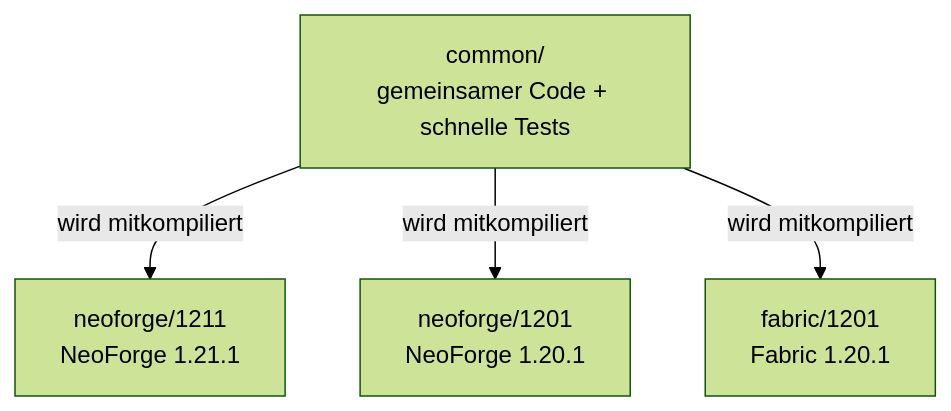
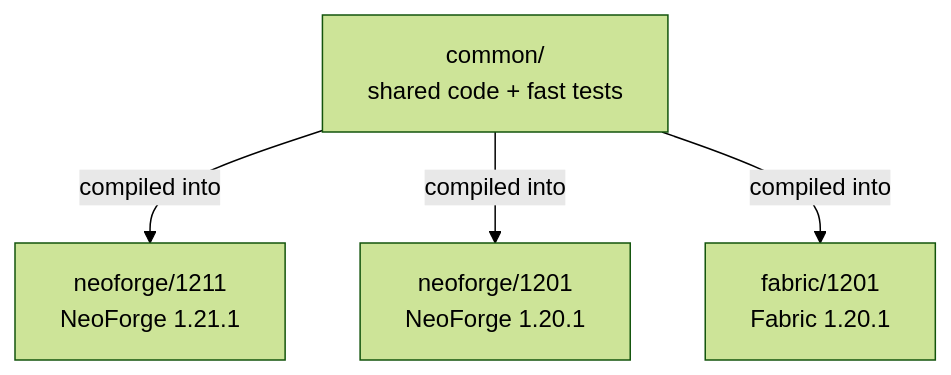
One commit to nedzad-winter/CreatePhotomovement changed the diagram in docs/architecture/arc42.md. Above: the diagram before and after it, drawn with Mermaid (forest theme). The commit also changed other lines of this file and 15 other files, not shown here.

````diff
--- a/docs/architecture/arc42.md
+++ b/docs/architecture/arc42.md
@@ -82,10 +82,10 @@
 ```mermaid
 flowchart TD
-    common["common/<br/>gemeinsamer Code + schnelle Tests"]
+    common["common/<br/>shared code + fast tests"]
     nf1211["neoforge/1211<br/>NeoForge 1.21.1"]
     nf1201["neoforge/1201<br/>NeoForge 1.20.1"]
     fa1201["fabric/1201<br/>Fabric 1.20.1"]
-    common -->|wird mitkompiliert| nf1211
-    common -->|wird mitkompiliert| nf1201
-    common -->|wird mitkompiliert| fa1201
+    common -->|compiled into| nf1211
+    common -->|compiled into| nf1201
+    common -->|compiled into| fa1201
 ```
````
